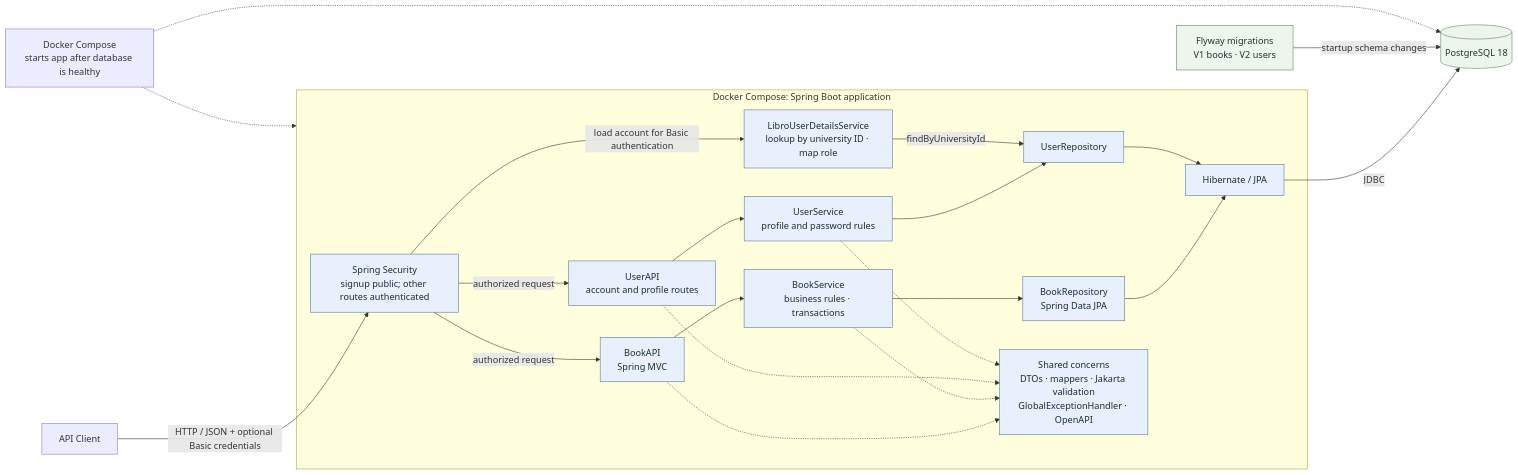
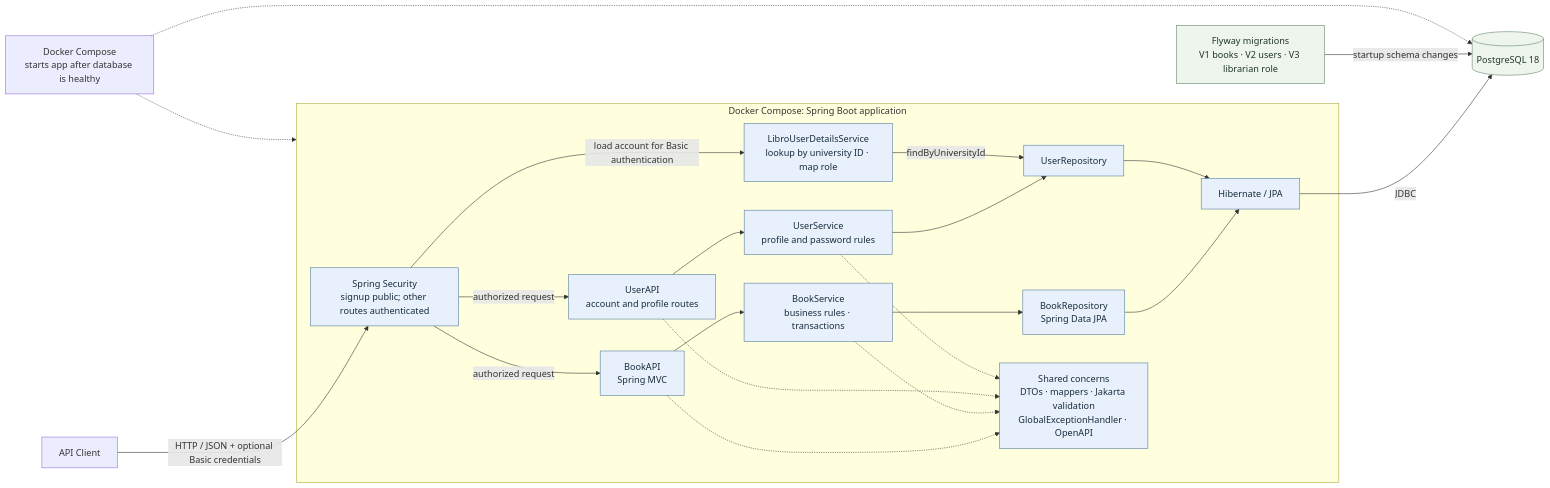
The first of 6 diagrams in README.md (kyledelfin2006/libro-library-system), drawn with Mermaid before and after one commit. The commit also changed other lines of this file and 17 other files, not shown here.

````diff
--- a/README.md
+++ b/README.md
@@ -82,30 +82,30 @@
 ```mermaid
 flowchart LR
     Client["API Client"] -->|HTTP / JSON + optional Basic credentials| Security["Spring Security<br/>signup public; other routes authenticated"]
     subgraph App["Docker Compose: Spring Boot application"]
         API["BookAPI<br/>Spring MVC"] --> Service["BookService<br/>business rules · transactions"]
         Service --> BookRepo["BookRepository<br/>Spring Data JPA"]
         BookRepo --> ORM["Hibernate / JPA"]
         UserAPI["UserAPI<br/>account and profile routes"] --> User["UserService<br/>profile and password rules"]
         User --> UserRepo["UserRepository"]
         Security -->|load account for Basic authentication| UserDetails["LibroUserDetailsService<br/>lookup by university ID · map role"]
         UserDetails -->|findByUniversityId| UserRepo
         UserRepo --> ORM
         Shared["Shared concerns<br/>DTOs · mappers · Jakarta validation<br/>GlobalExceptionHandler · OpenAPI"]
         Security -->|authorized request| API
         Security -->|authorized request| UserAPI
         API -.-> Shared
         Service -.-> Shared
         UserAPI -.-> Shared
         User -.-> Shared
     end
     ORM -->|JDBC| DB[("PostgreSQL 18")]
-    Flyway["Flyway migrations<br/>V1 books · V2 users"] -->|startup schema changes| DB
+    Flyway["Flyway migrations<br/>V1 books · V2 users · V3 librarian role"] -->|startup schema changes| DB
     Compose["Docker Compose<br/>starts app after database is healthy"] -.-> App
     Compose -.-> DB
 
     classDef service fill:#e8f1fb,stroke:#5078a0,color:#172b3d
     classDef data fill:#edf5ed,stroke:#62836a,color:#203528
     class API,Service,BookRepo,ORM,UserAPI,User,UserRepo,UserDetails,Shared,Security service
     class DB,Flyway data
 ```
````
